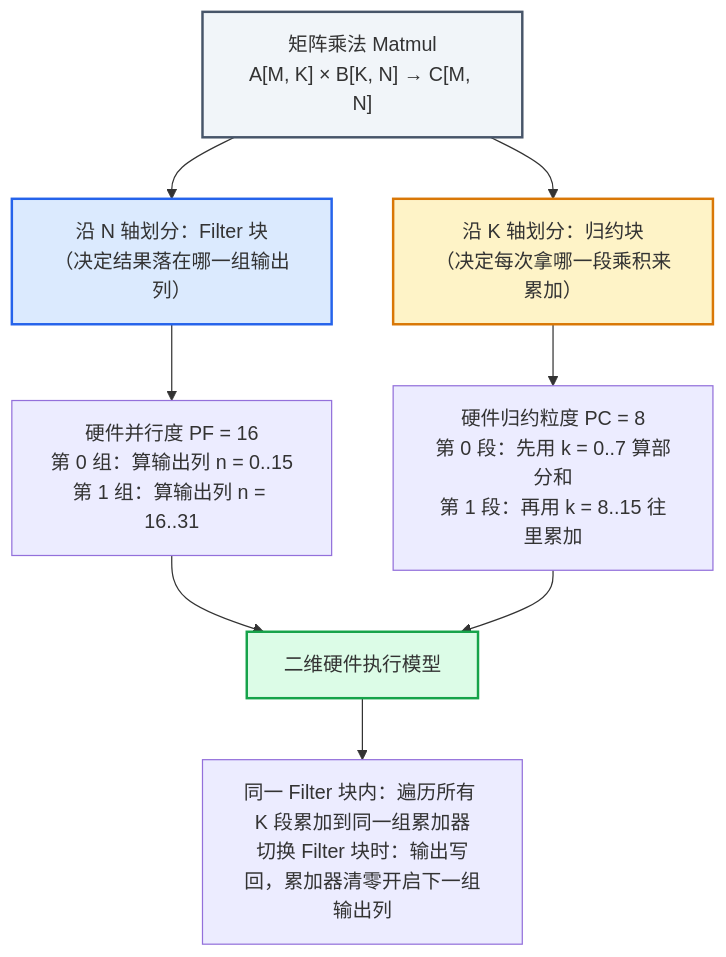
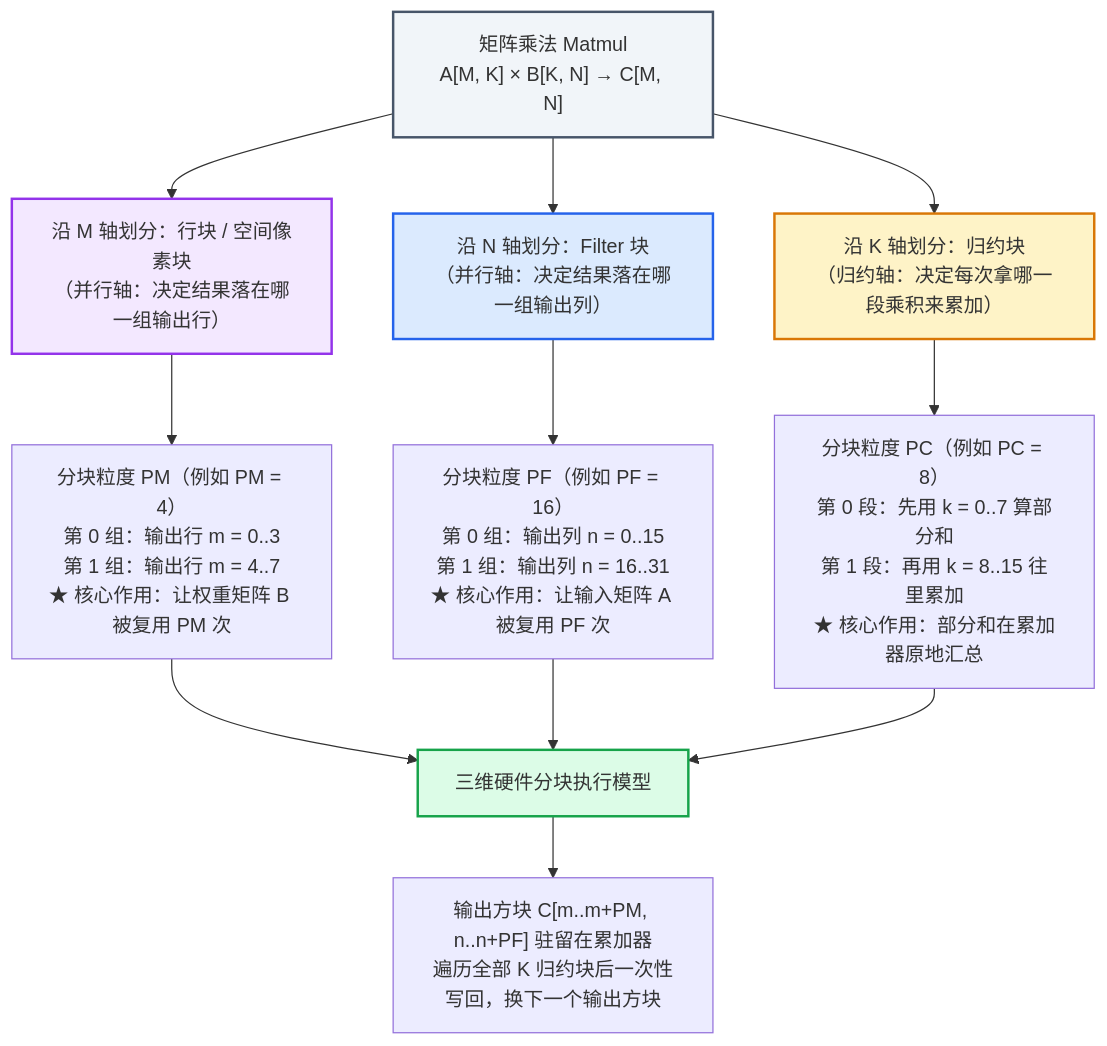
Before and after one commit to hqu-little-boy/blog: the first of 6 diagrams in src/content/posts/matmul-tiling-filter-block-and-reduction-block-guide.md, drawn with Mermaid. The commit also changed other lines of this file, not shown here.

Commit message:
docs: 补充 Matmul 沿 M 轴的行块/空间块解析与三维数据复用图解

````diff
--- a/src/content/posts/matmul-tiling-filter-block-and-reduction-block-guide.md
+++ b/src/content/posts/matmul-tiling-filter-block-and-reduction-block-guide.md
@@ -49,18 +49,22 @@
 ```mermaid
 flowchart TD
     Root["矩阵乘法 Matmul<br/>A[M, K] × B[K, N] → C[M, N]"]
-    Root --> AxisN["沿 N 轴划分：Filter 块<br/>（决定结果落在哪一组输出列）"]
-    Root --> AxisK["沿 K 轴划分：归约块<br/>（决定每次拿哪一段乘积来累加）"]
+    Root --> AxisM["沿 M 轴划分：行块 / 空间像素块<br/>（并行轴：决定结果落在哪一组输出行）"]
+    Root --> AxisN["沿 N 轴划分：Filter 块<br/>（并行轴：决定结果落在哪一组输出列）"]
+    Root --> AxisK["沿 K 轴划分：归约块<br/>（归约轴：决定每次拿哪一段乘积来累加）"]
 
-    AxisN --> PF["硬件并行度 PF = 16<br/>第 0 组：算输出列 n = 0..15<br/>第 1 组：算输出列 n = 16..31"]
-    AxisK --> PC["硬件归约粒度 PC = 8<br/>第 0 段：先用 k = 0..7 算部分和<br/>第 1 段：再用 k = 8..15 往里累加"]
+    AxisM --> PM["分块粒度 PM（例如 PM = 4）<br/>第 0 组：输出行 m = 0..3<br/>第 1 组：输出行 m = 4..7<br/>★ 核心作用：让权重矩阵 B 被复用 PM 次"]
+    AxisN --> PF["分块粒度 PF（例如 PF = 16）<br/>第 0 组：输出列 n = 0..15<br/>第 1 组：输出列 n = 16..31<br/>★ 核心作用：让输入矩阵 A 被复用 PF 次"]
+    AxisK --> PC["分块粒度 PC（例如 PC = 8）<br/>第 0 段：先用 k = 0..7 算部分和<br/>第 1 段：再用 k = 8..15 往里累加<br/>★ 核心作用：部分和在累加器原地汇总"]
 
-    PF --> Combine["二维硬件执行模型"]
+    PM --> Combine["三维硬件分块执行模型"]
+    PF --> Combine
     PC --> Combine
-    Combine --> Result["同一 Filter 块内：遍历所有 K 段累加到同一组累加器<br/>切换 Filter 块时：输出写回，累加器清零开启下一组输出列"]
+    Combine --> Result["输出方块 C[m..m+PM, n..n+PF] 驻留在累加器<br/>遍历全部 K 归约块后一次性写回，换下一个输出方块"]
 
     style Root fill:#f1f5f9,stroke:#475569,stroke-width:2px
+    style AxisM fill:#f3e8ff,stroke:#9333ea,stroke-width:2px
     style AxisN fill:#dbeafe,stroke:#2563eb,stroke-width:2px
     style AxisK fill:#fef3c7,stroke:#d97706,stroke-width:2px
     style Combine fill:#dcfce7,stroke:#16a34a,stroke-width:2px
 ```
````
